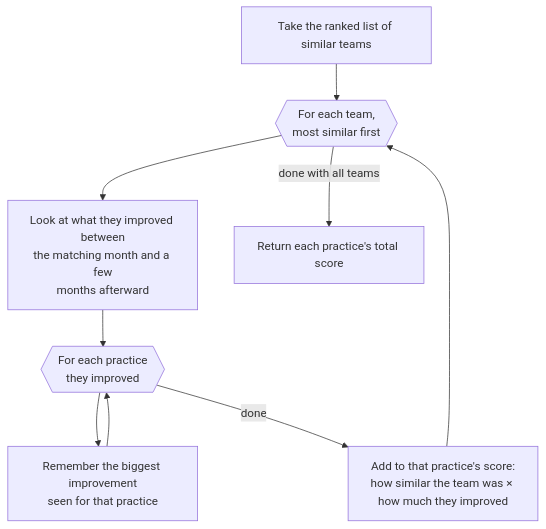
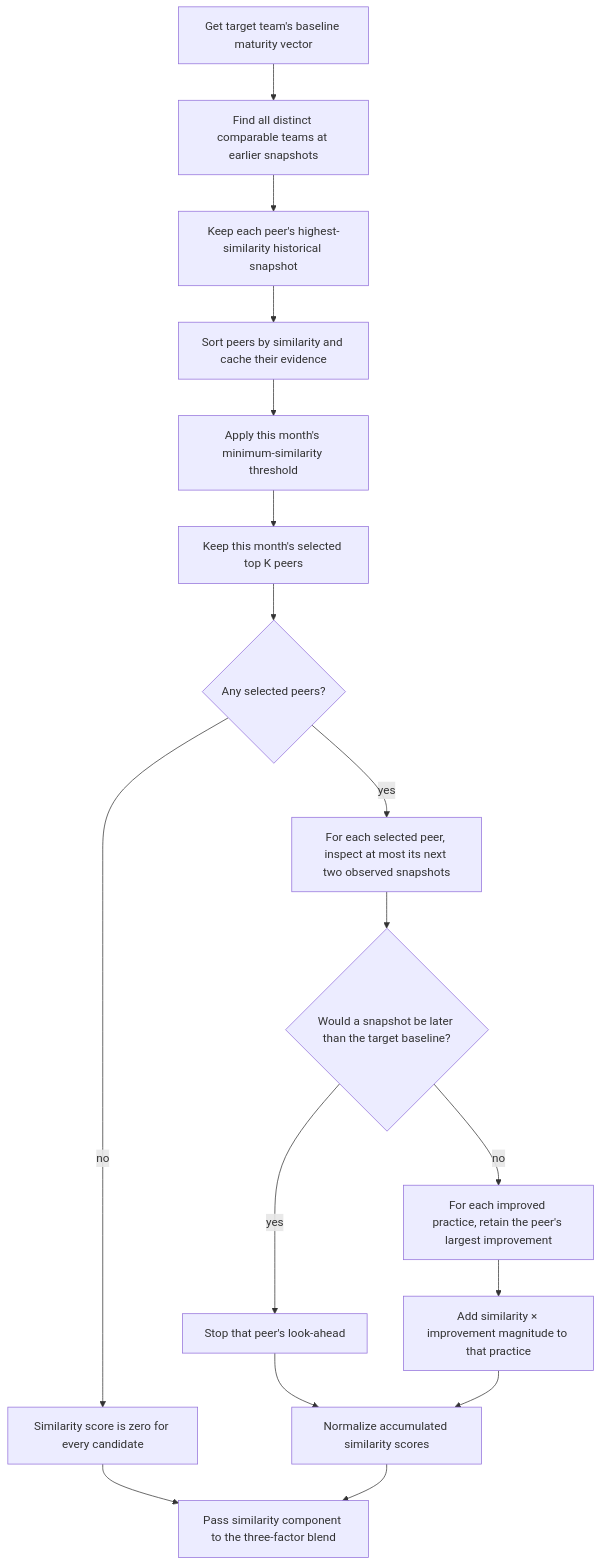
Before and after one commit to erezmorabia/agile-prediction-mvp: the diagram in docs/flowcharts/ranked-similar-teams.md, drawn with Mermaid. The commit also changed other lines of this file and 9 other files, not shown here.

First line of the commit message:
Update flowcharts and sequence diagrams for the policy blend

````diff
--- a/docs/flowcharts/ranked-similar-teams.md
+++ b/docs/flowcharts/ranked-similar-teams.md
@@ -10,11 +10,19 @@
 ```mermaid
 flowchart TD
-    A[Take the ranked list of similar teams] --> B{{For each team,<br/>most similar first}}
-    B --> C["Look at what they improved between<br/>the matching month and a few<br/>months afterward"]
-    C --> D{{For each practice<br/>they improved}}
-    D --> E["Remember the biggest improvement<br/>seen for that practice"]
-    E --> D
-    D -->|done| F["Add to that practice's score:<br/>how similar the team was × how much they improved"]
-    F --> B
-    B -->|done with all teams| G[Return each practice's total score]
+    A[Get target team's baseline maturity vector] --> B[Find all distinct comparable teams at earlier snapshots]
+    B --> C[Keep each peer's highest-similarity historical snapshot]
+    C --> D[Sort peers by similarity and cache their evidence]
+    D --> E[Apply this month's minimum-similarity threshold]
+    E --> F[Keep this month's selected top K peers]
+    F --> G{Any selected peers?}
+    G -->|no| H[Similarity score is zero for every candidate]
+    G -->|yes| I[For each selected peer, inspect at most its next two observed snapshots]
+    I --> J{Would a snapshot be later than the target baseline?}
+    J -->|yes| K[Stop that peer's look-ahead]
+    J -->|no| L[For each improved practice, retain the peer's largest improvement]
+    L --> M[Add similarity × improvement magnitude to that practice]
+    K --> N[Normalize accumulated similarity scores]
+    M --> N
+    H --> O[Pass similarity component to the three-factor blend]
+    N --> O
 ```
````
